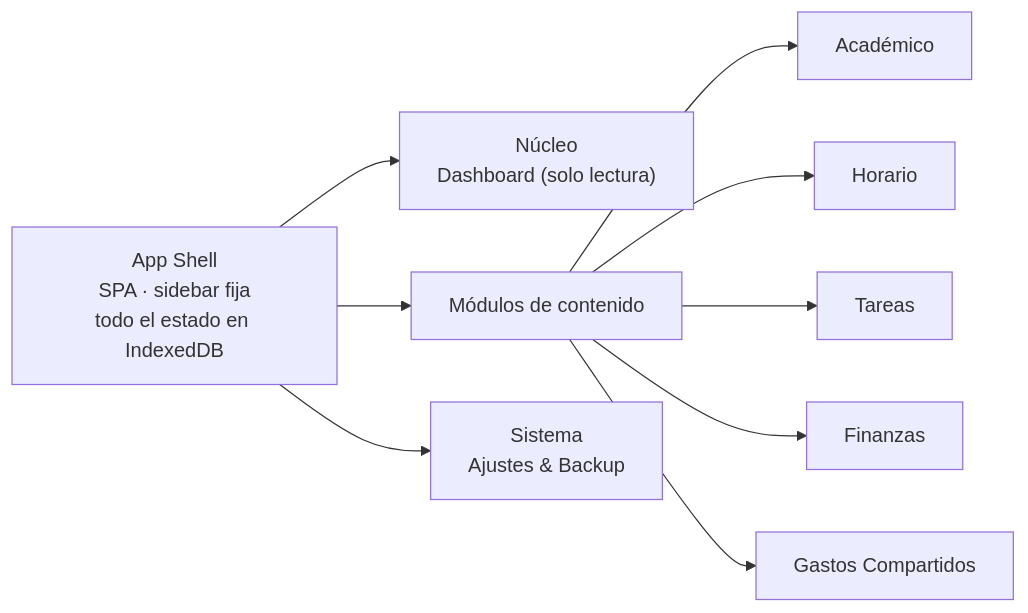
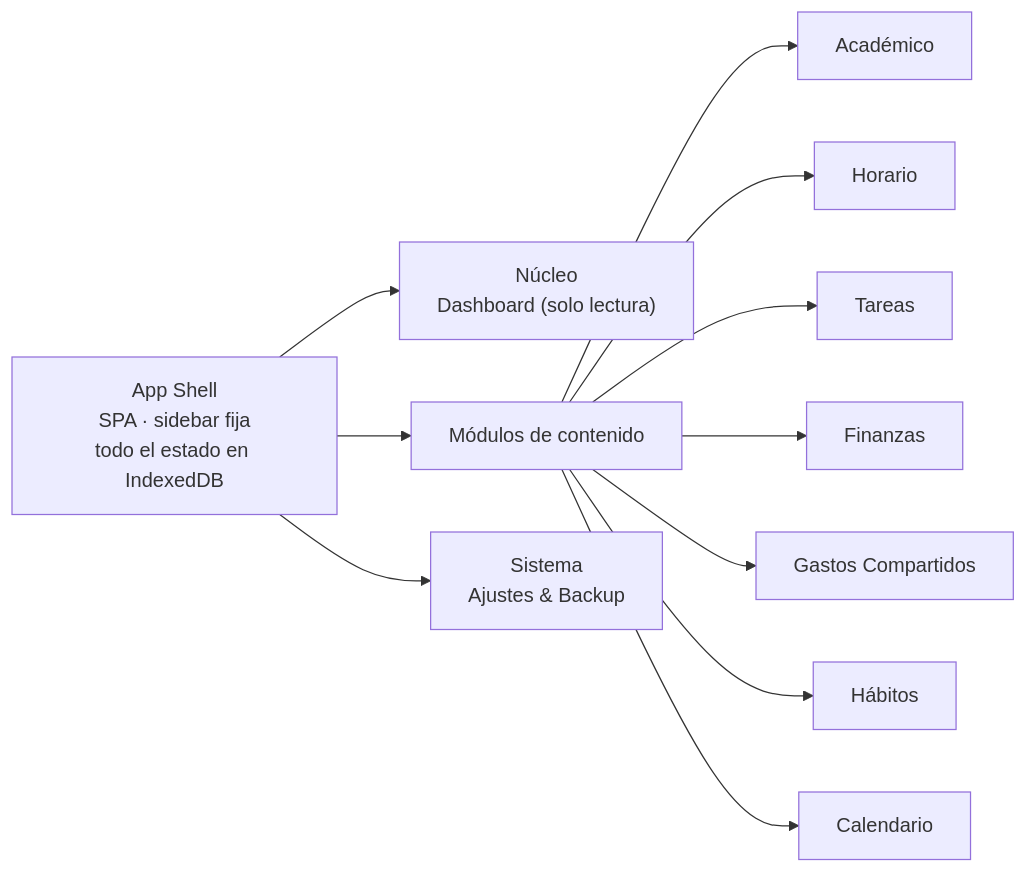
One commit to Tomas-Romero/Frakta changed the diagram in docs/BLUEPRINT.md. Above: the diagram before and after it, drawn with Mermaid. The commit also changed other lines of this file and 26 other files, not shown here.

````diff
--- a/docs/BLUEPRINT.md
+++ b/docs/BLUEPRINT.md
@@ -21,12 +21,14 @@
 ```mermaid
 graph LR
   A["App Shell<br/>SPA · sidebar fija<br/>todo el estado en IndexedDB"]
   A --> N["Núcleo<br/>Dashboard (solo lectura)"]
   A --> M["Módulos de contenido"]
   A --> S["Sistema<br/>Ajustes & Backup"]
   M --> M1[Académico]
   M --> M2[Horario]
   M --> M3[Tareas]
   M --> M4[Finanzas]
   M --> M5["Gastos Compartidos"]
+  M --> M6[Hábitos]
+  M --> M7[Calendario]
 ```
````
